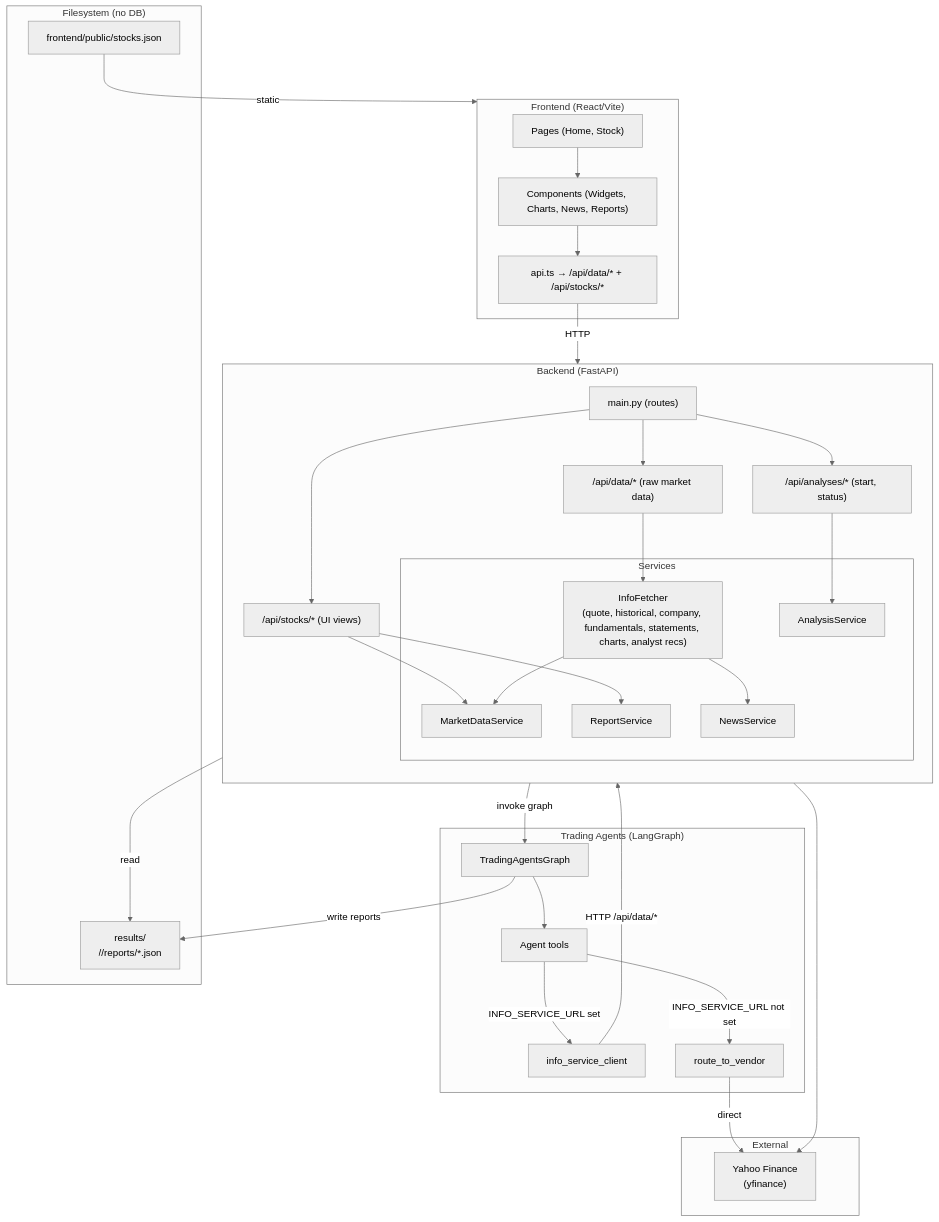
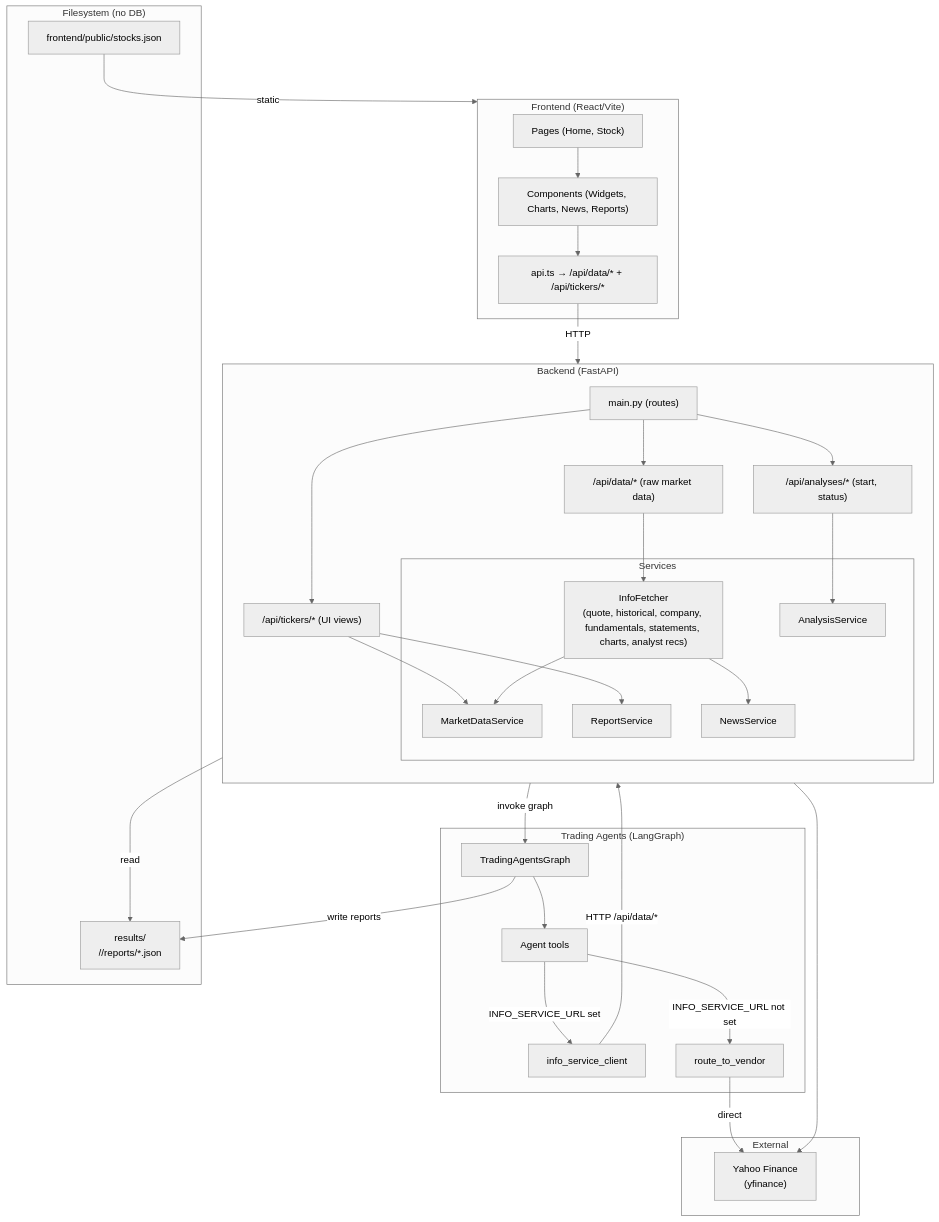
The diagram in docs/ARCHITECTURE.md (kourgeorge/flowdeck), drawn with Mermaid (neutral theme) before and after one commit. The commit also changed other lines of this file and 5 other files, not shown here.

First line of the commit message:
docs: update all /api/stocks/* and /stocks/ references to /api/tickers/*

````diff
--- a/docs/ARCHITECTURE.md
+++ b/docs/ARCHITECTURE.md
@@ -9,62 +9,62 @@
 ```mermaid
 flowchart TB
     subgraph UI["Frontend (React/Vite)"]
         Pages["Pages (Home, Stock)"]
         Components["Components (Widgets, Charts, News, Reports)"]
-        API_Client["api.ts → /api/data/* + /api/stocks/*"]
+        API_Client["api.ts → /api/data/* + /api/tickers/*"]
         Pages --> Components
         Components --> API_Client
     end
 
     subgraph Backend["Backend (FastAPI)"]
         direction TB
         Main["main.py (routes)"]
         API_Data["/api/data/* (raw market data)"]
-        API_Stocks["/api/stocks/* (UI views)"]
+        API_Stocks["/api/tickers/* (UI views)"]
         API_Analyses["/api/analyses/* (start, status)"]
         Main --> API_Data
         Main --> API_Stocks
         Main --> API_Analyses
 
         subgraph Services["Services"]
             InfoFetcher["InfoFetcher\n(quote, historical, company, fundamentals, statements, charts, analyst recs)"]
             MarketData["MarketDataService"]
             NewsSvc["NewsService"]
             ReportSvc["ReportService"]
             AnalysisSvc["AnalysisService"]
         end
 
         API_Data --> InfoFetcher
         API_Stocks --> MarketData
         API_Stocks --> ReportSvc
         InfoFetcher --> MarketData
         InfoFetcher --> NewsSvc
         API_Analyses --> AnalysisSvc
     end
 
     subgraph Agents["Trading Agents (LangGraph)"]
         Graph["TradingAgentsGraph"]
         Tools["Agent tools"]
         Graph --> Tools
         Tools --> |"INFO_SERVICE_URL set"| InfoClient["info_service_client"]
         Tools --> |"INFO_SERVICE_URL not set"| RouteVendor["route_to_vendor"]
     end
 
     subgraph External["External"]
         Yahoo["Yahoo Finance\n(yfinance)"]
     end
 
     subgraph FS["Filesystem (no DB)"]
         Results["results/\n<TICKER>/<DATE>/reports/*.json"]
         StocksJson["frontend/public/stocks.json"]
     end
 
     API_Client -->|"HTTP"| Backend
     InfoClient -->|"HTTP /api/data/*"| Backend
     RouteVendor -->|"direct"| Yahoo
     InfoFetcher --> Yahoo
     ReportSvc -->|"read"| Results
     AnalysisSvc -->|"invoke graph"| Graph
     Graph -->|"write reports"| Results
     StocksJson -->|"static"| UI
 ```
````
